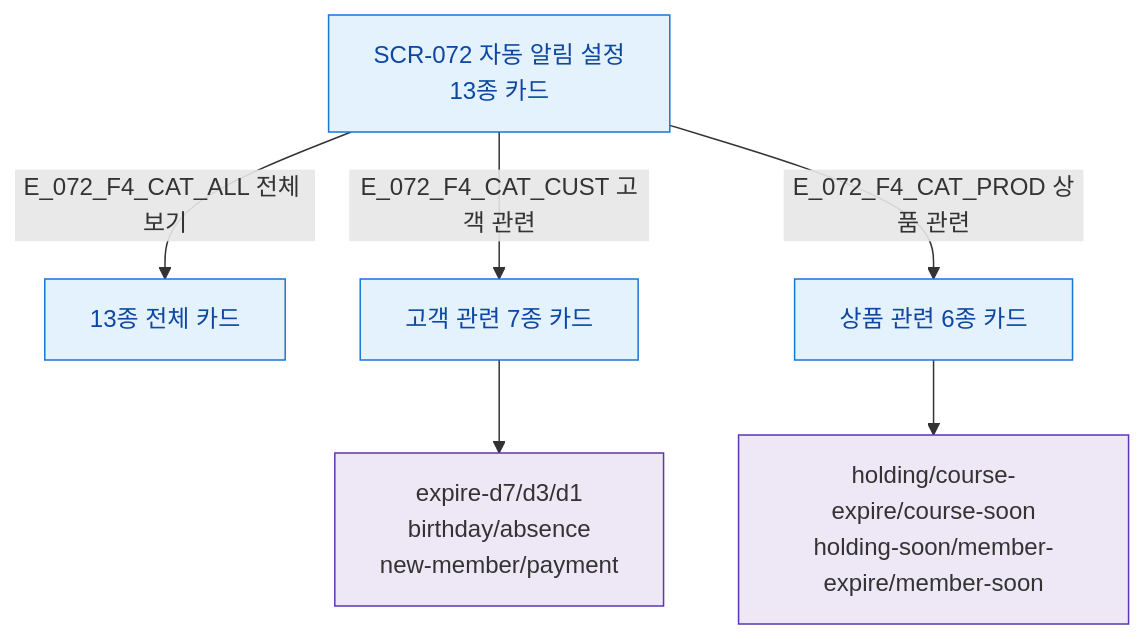
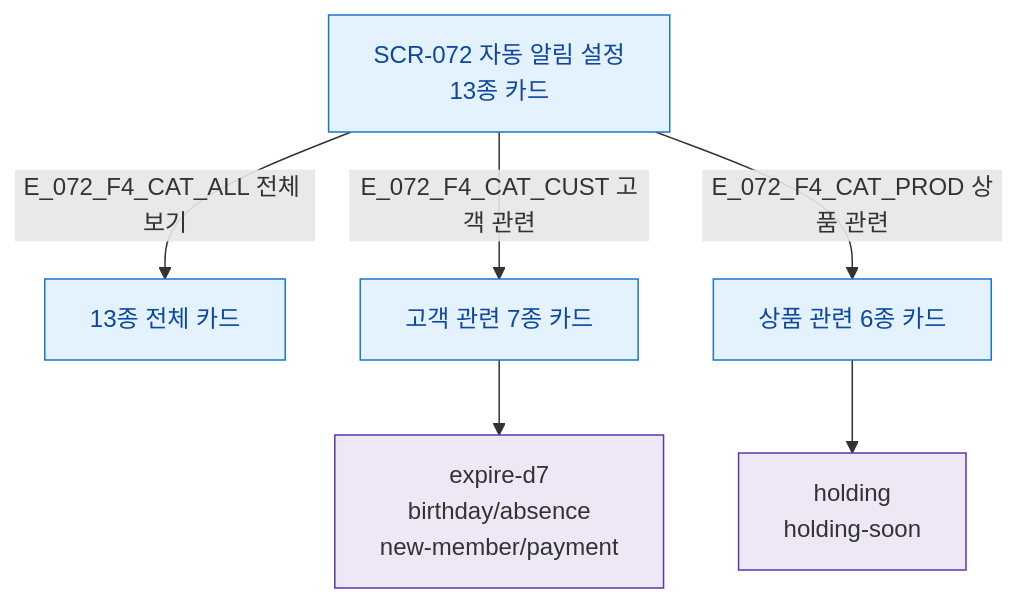
The diagram in docs/다이어그램/D08_마케팅/SCR-072_자동알림설정/F4_필터검색.md (dev-spogym/admin-pando), drawn with Mermaid before and after one commit. The commit also changed other lines of this file and 1660 other files, not shown here.

First line of the commit message:
다이어그램: 기획자/클라이언트 납품본으로 정리

````diff
--- a/docs/다이어그램/D08_마케팅/SCR-072_자동알림설정/F4_필터검색.md
+++ b/docs/다이어그램/D08_마케팅/SCR-072_자동알림설정/F4_필터검색.md
@@ -18,17 +16,17 @@
 ```mermaid
 flowchart TD
   SCR_072[SCR-072 자동 알림 설정\n13종 카드]
 
-  SCR_072 -->|E_072_F4_CAT_ALL 전체 보기| CAT_ALL[13종 전체 카드]
-  SCR_072 -->|E_072_F4_CAT_CUST 고객 관련| CAT_CUST[고객 관련 7종 카드]
-  SCR_072 -->|E_072_F4_CAT_PROD 상품 관련| CAT_PROD[상품 관련 6종 카드]
+  SCR_072 -->|E_072_F4_CAT_ALL 전체 보기|CAT_ALL[13종 전체 카드]
+  SCR_072 -->|E_072_F4_CAT_CUST 고객 관련|CAT_CUST[고객 관련 7종 카드]
+  SCR_072 -->|E_072_F4_CAT_PROD 상품 관련|CAT_PROD[상품 관련 6종 카드]
 
-  CAT_CUST --> CARD_CUST[expire-d7/d3/d1\nbirthday/absence\nnew-member/payment]
-  CAT_PROD --> CARD_PROD[holding/course-expire/course-soon\nholding-soon/member-expire/member-soon]
+  CAT_CUST --> CARD_CUST[expire-d7\nbirthday/absence\nnew-member/payment]
+  CAT_PROD --> CARD_PROD[holding\nholding-soon]
 
-  classDef screen      fill:#E3F2FD,stroke:#1976D2,color:#0D47A1
-  classDef system      fill:#EDE7F6,stroke:#5E35B2
+  classDef screen fill:#E3F2FD,stroke:#1976D2,color:#0D47A1
+  classDef system fill:#EDE7F6,stroke:#5E35B2
 
   class SCR_072,CAT_ALL,CAT_CUST,CAT_PROD screen
   class CARD_CUST,CARD_PROD system
 ```
````
